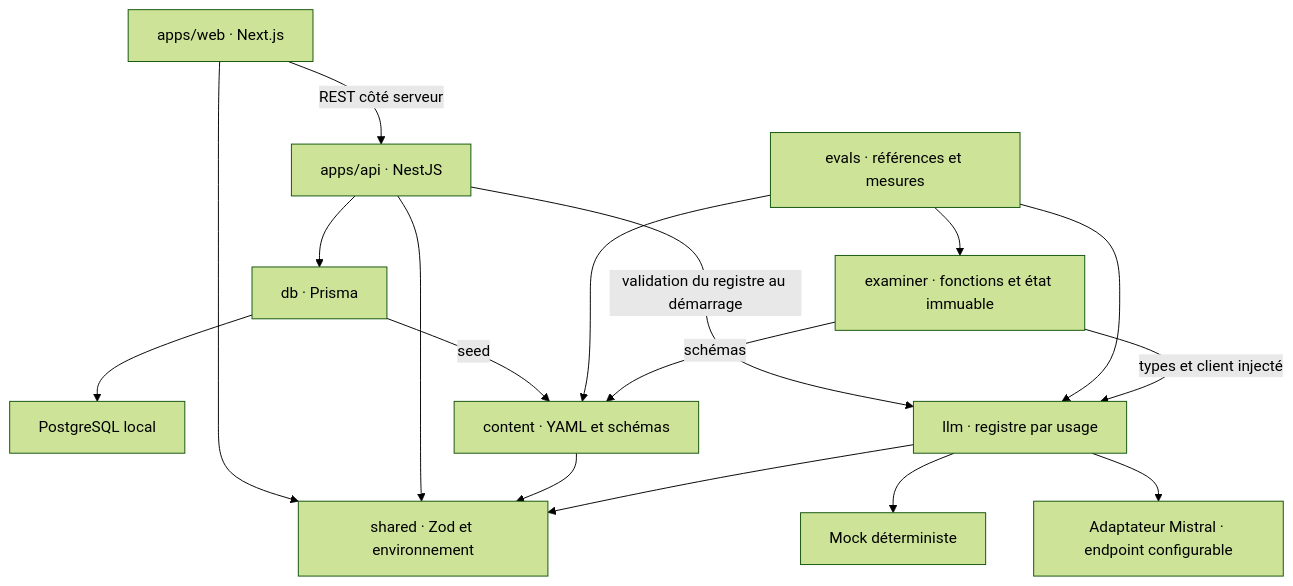
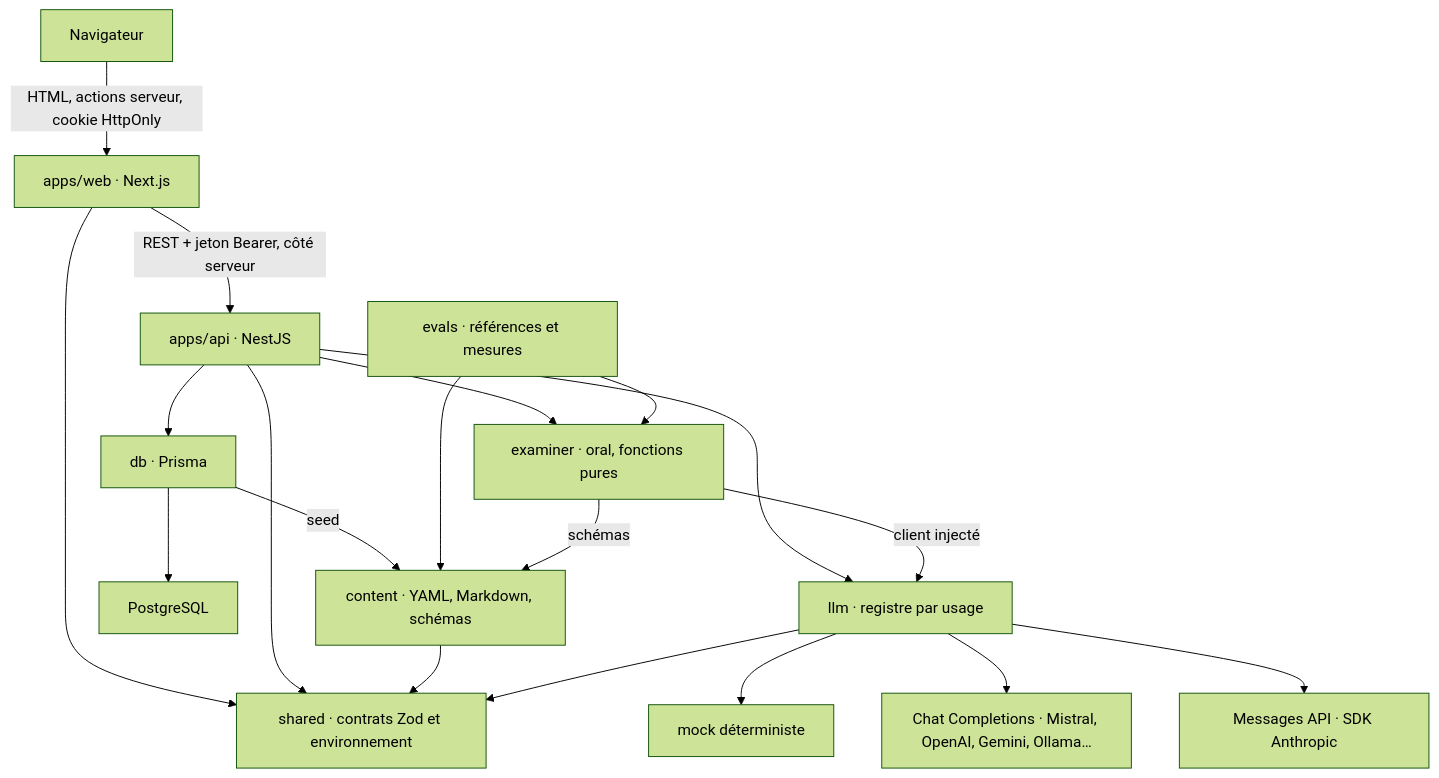
One commit to raphplt/kompri changed the diagram in docs/architecture.md. Above: the diagram before and after it, drawn with Mermaid (forest theme). The commit also changed other lines of this file and 4 other files, not shown here.

First line of the commit message:
docs: describe the product architecture, record the night's work and versions

````diff
--- a/docs/architecture.md
+++ b/docs/architecture.md
@@ -5,19 +5,21 @@
 ```mermaid
 flowchart TD
-  Web["apps/web · Next.js"] -->|REST côté serveur| API["apps/api · NestJS"]
-  Web --> Shared["shared · Zod et environnement"]
+  Browser["Navigateur"] -->|HTML, actions serveur, cookie HttpOnly| Web["apps/web · Next.js"]
+  Web -->|REST + jeton Bearer, côté serveur| API["apps/api · NestJS"]
+  Web --> Shared["shared · contrats Zod et environnement"]
   API --> Shared
   API --> DB["db · Prisma"]
-  DB --> PG["PostgreSQL local"]
-  DB -->|seed| Content["content · YAML et schémas"]
-  API -->|validation du registre au démarrage| LLM["llm · registre par usage"]
-  Evals["evals · références et mesures"] --> Examiner["examiner · fonctions et état immuable"]
+  API --> Examiner["examiner · oral, fonctions pures"]
+  API --> LLM["llm · registre par usage"]
+  DB --> PG["PostgreSQL"]
+  DB -->|seed| Content["content · YAML, Markdown, schémas"]
+  Evals["evals · références et mesures"] --> Examiner
   Evals --> Content
-  Evals --> LLM
-  Examiner -->|types et client injecté| LLM
+  Examiner -->|client injecté| LLM
   Examiner -->|schémas| Content
   Content --> Shared
   LLM --> Shared
-  LLM --> Mock["Mock déterministe"]
-  LLM --> Mistral["Adaptateur Mistral · endpoint configurable"]
+  LLM --> Mock["mock déterministe"]
+  LLM --> OpenAI["Chat Completions · Mistral, OpenAI, Gemini, Ollama…"]
+  LLM --> Anthropic["Messages API · SDK Anthropic"]
 ```
````
